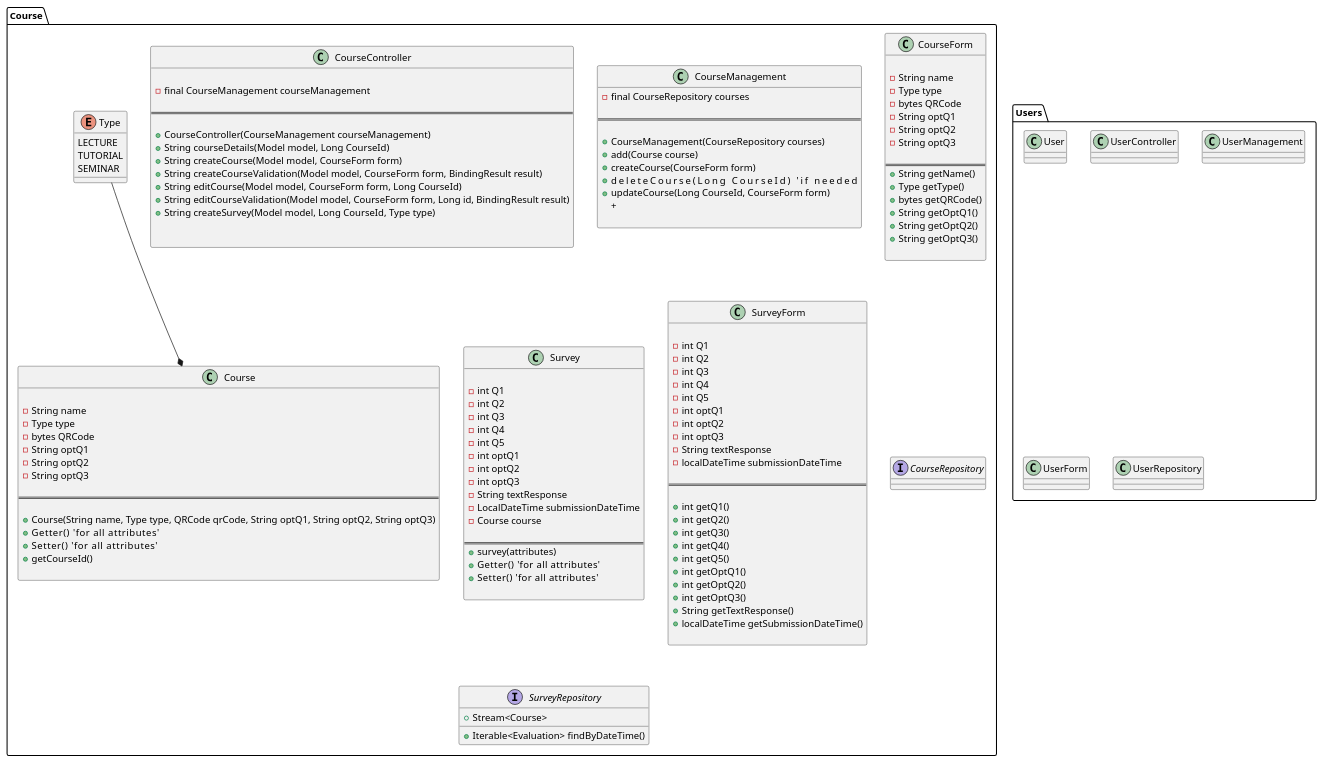
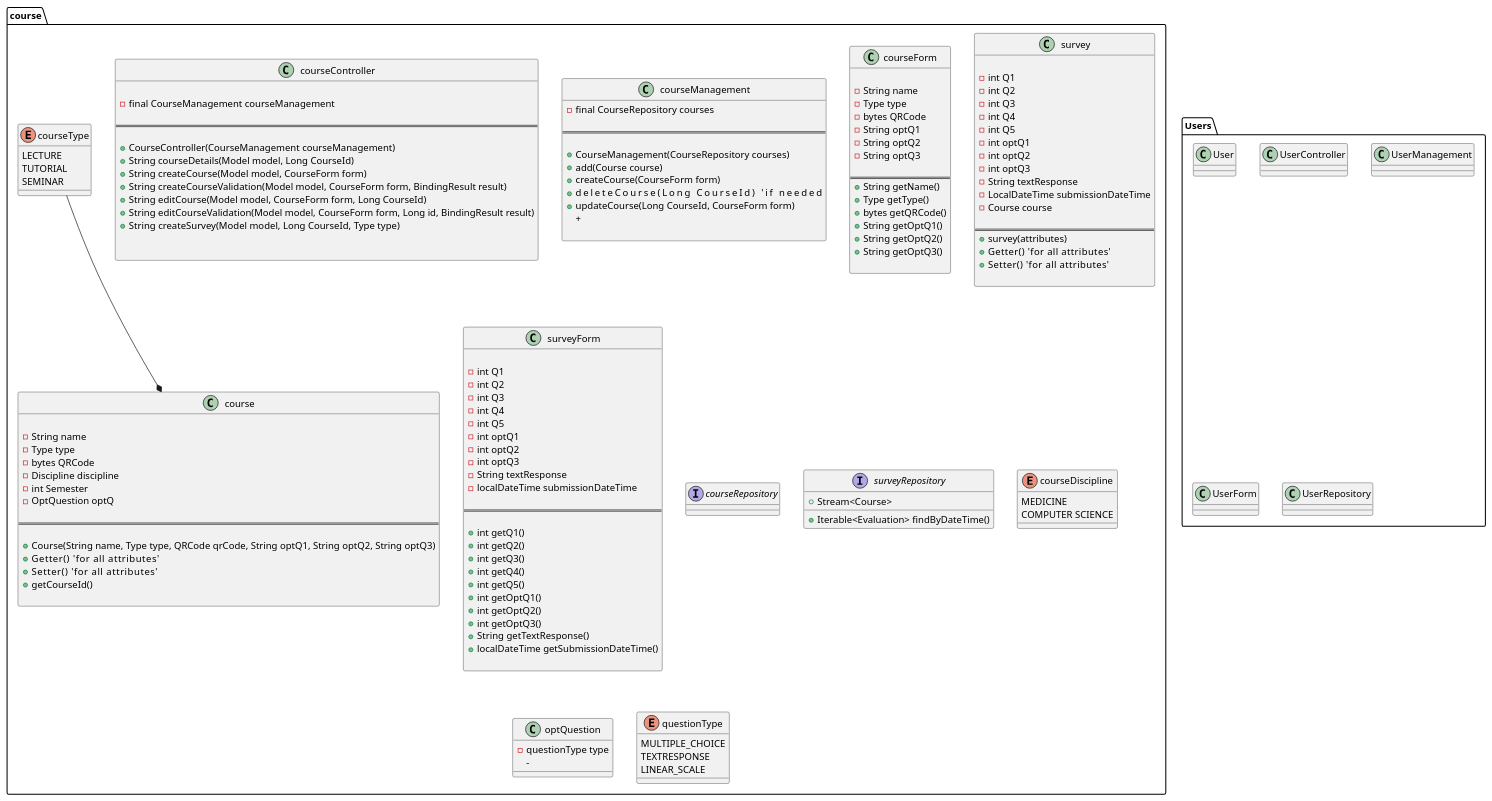
One commit to Elocien/QOVA changed the diagram in src/main/documentation/diagrams/src/architecture_overview.wsd. Above: the diagram before and after it, drawn with PlantUML. The commit also changed 4 other files, not shown here.

```diff
--- a/src/main/documentation/diagrams/src/architecture_overview.wsd
+++ b/src/main/documentation/diagrams/src/architecture_overview.wsd
@@ -18,20 +18,20 @@
 
 
 
-package Course{
+package course{
 
 
 
 
 
-    class Course{
+    class course{
         
         - String name
         - Type type
         - bytes QRCode
-        - String optQ1
-        - String optQ2
-        - String optQ3
+        - Discipline discipline
+        - int Semester 
+        - OptQuestion optQ 
 
         ' + Long UserId?            Die würde dann beim erstellen mitgegeben werden, damit man dann einen kurs immer
         '                           einen besitzer zuweisen kann. Weiß aber nicht wie das mit den schibole login dann 
@@ -50,7 +50,7 @@
 
 
 
-    class CourseController{
+    class courseController{
        
         - final CourseManagement courseManagement
 
@@ -79,7 +79,7 @@
 
 
 
-    class CourseManagement{
+    class courseManagement{
         - final CourseRepository courses
 
 ==
@@ -96,7 +96,7 @@
 
 
 
-    class CourseForm {
+    class courseForm {
     
         - String name
         - Type type
@@ -119,7 +119,7 @@
 
 
 
-    class Survey {
+    class survey {
 
         'sind hier ints, da dies die bewertungen sind die rauskommen, nicht die fragen selbst. Wir gehen davon aus das 
         '1-5 standatisiert sind über alle fächer
@@ -146,7 +146,7 @@
 
 
 
-    class SurveyForm {
+    class surveyForm {
 
         - int Q1
         - int Q2
@@ -174,11 +174,11 @@
 
     }
 
-    interface CourseRepository {
+    interface courseRepository {
         'if filtern is necessary, methods are added here' 
     }
 
-    interface SurveyRepository {
+    interface surveyRepository {
         'All findBy methods are added here. Will have to see how they want this filtered
         
         + Stream<Course>
@@ -187,15 +187,37 @@
 
     }
 
-    enum Type {
+    enum courseType {
         LECTURE
         TUTORIAL
         SEMINAR
     }
 
+    enum courseDiscipline {
+        MEDICINE
+        COMPUTER SCIENCE
+        'usw.'
+    }
+
+
+
+    'optQuestion definition
+    class optQuestion {
+        - questionType type
+        - 
+
+    }
+
+
+
+    enum questionType {
+        MULTIPLE_CHOICE
+        TEXTRESPONSE
+        LINEAR_SCALE
+    }
 
     'Relations'
-    Type --* Course
+    courseType --* course
 
 
 }
```
